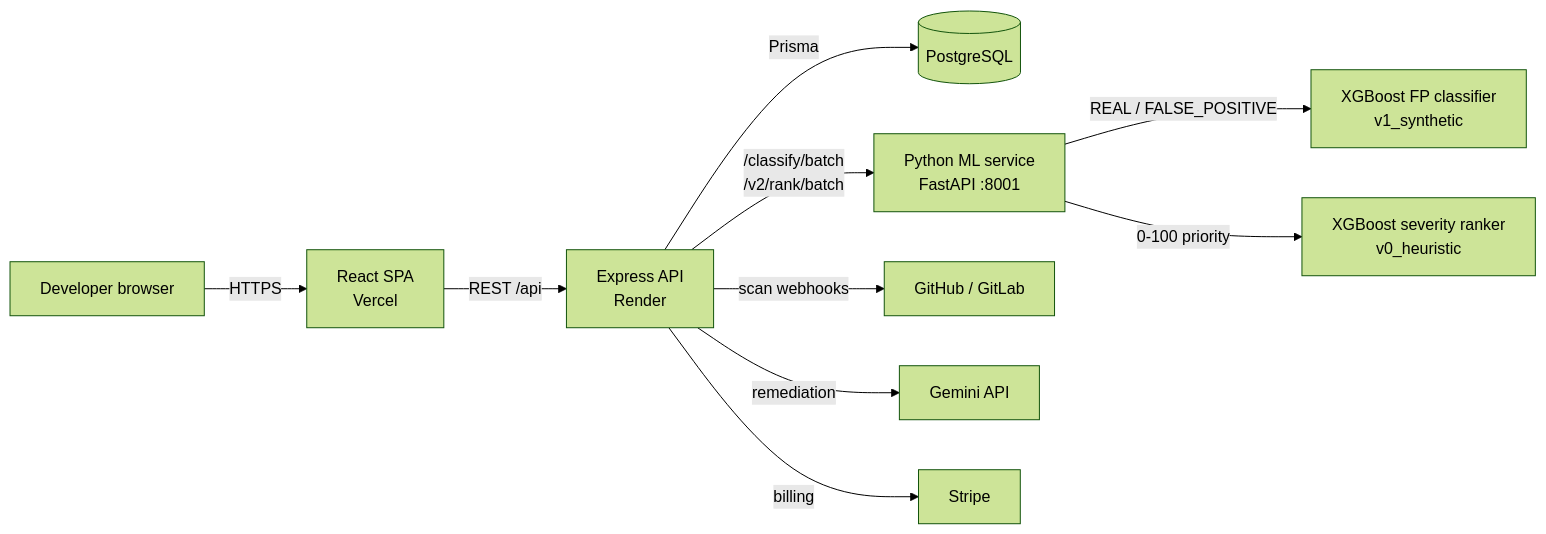
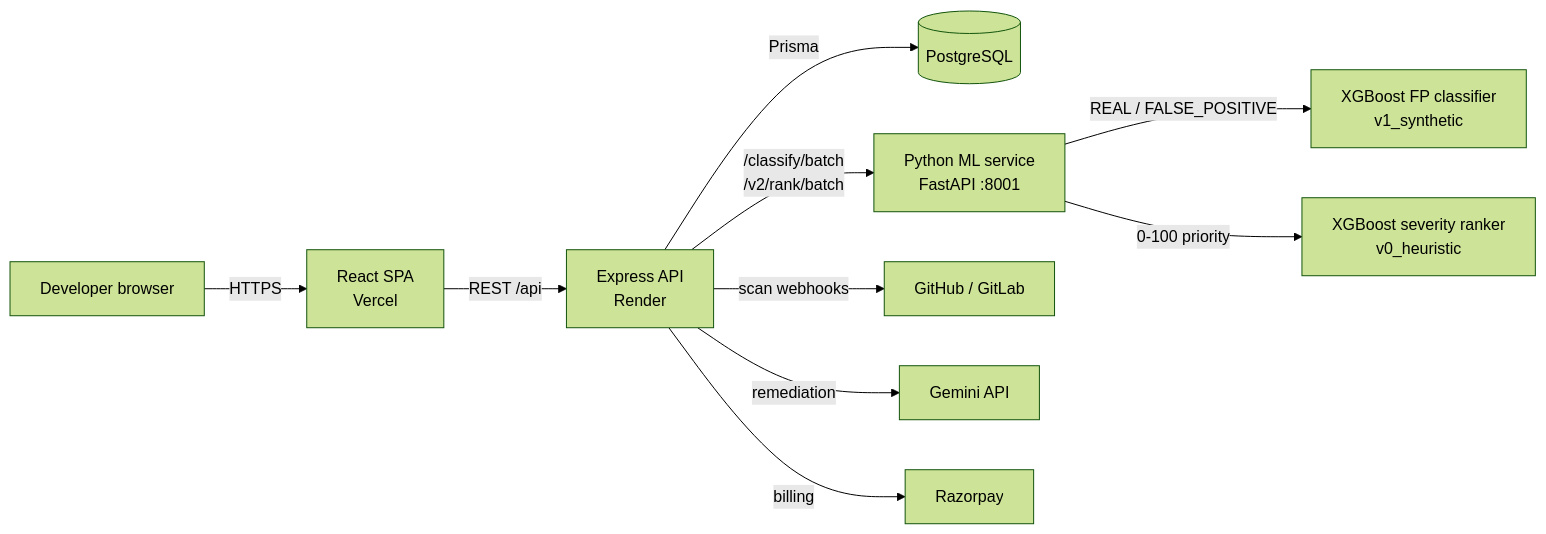
The first of 2 diagrams in SecureGaurd-main/README.md (r1shabhsharma05/SecureGaurd), drawn with Mermaid (forest theme) before and after one commit. The commit also changed other lines of this file, not shown here.

Commit message:
update readme: live links, razorpay billing, oauth status

````diff
--- a/SecureGaurd-main/README.md
+++ b/SecureGaurd-main/README.md
@@ -34,12 +36,12 @@
 ```mermaid
 flowchart LR
     Dev[Developer browser] -->|HTTPS| SPA[React SPA<br/>Vercel]
     SPA -->|REST /api| API[Express API<br/>Render]
     API -->|Prisma| DB[(PostgreSQL)]
     API -->|/classify/batch<br/>/v2/rank/batch| ML[Python ML service<br/>FastAPI :8001]
     ML -->|REAL / FALSE_POSITIVE| FP[XGBoost FP classifier<br/>v1_synthetic]
     ML -->|0-100 priority| SR[XGBoost severity ranker<br/>v0_heuristic]
     API -->|scan webhooks| GH[GitHub / GitLab]
     API -->|remediation| GEM[Gemini API]
-    API -->|billing| ST[Stripe]
+    API -->|billing| RZ[Razorpay]
 ```
````
